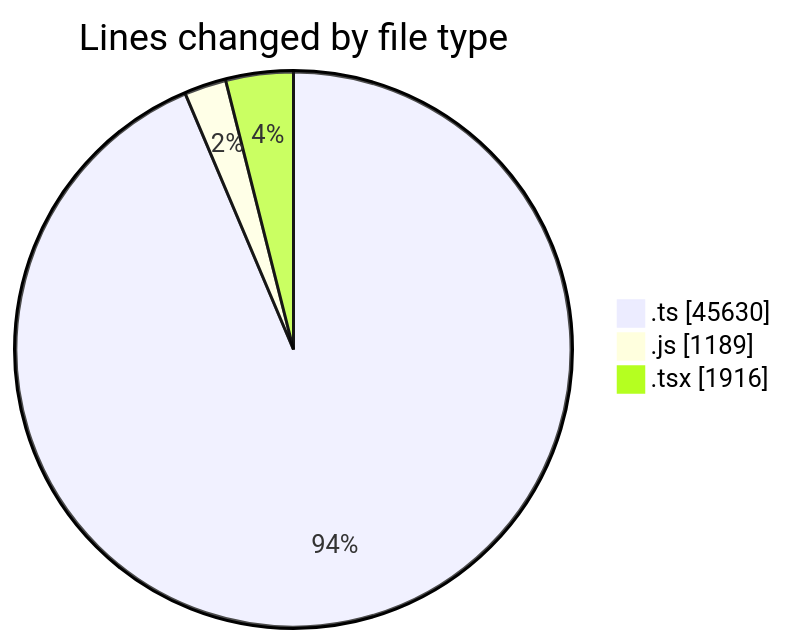
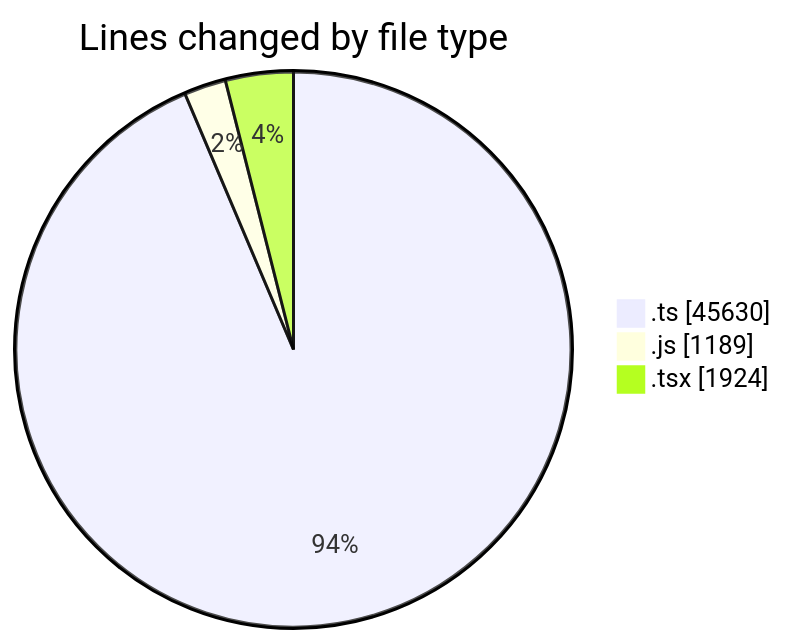
One commit to momahboobian/code-tracking changed the first of 2 diagrams in 2026-11-03/cda/README.md. Above: the diagram before and after it, drawn with Mermaid. The commit also changed other lines of this file and 1 other file, not shown here.

````diff
--- a/2026-11-03/cda/README.md
+++ b/2026-11-03/cda/README.md
@@ -44,7 +44,7 @@
 ```mermaid
 pie showData
 title Lines changed by file type
 ".ts" : 45630
 ".js" : 1189
-".tsx" : 1916
+".tsx" : 1924
 ```
````
